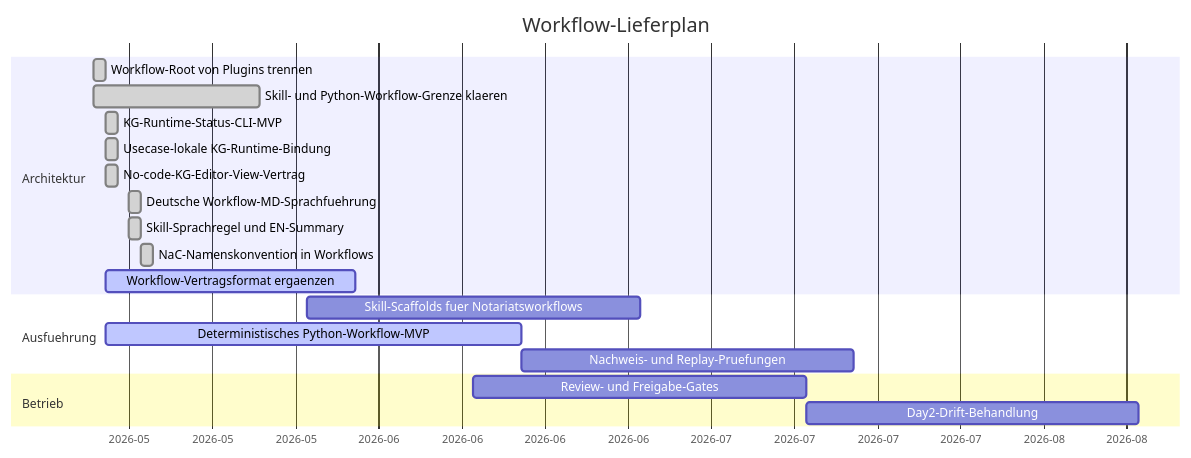
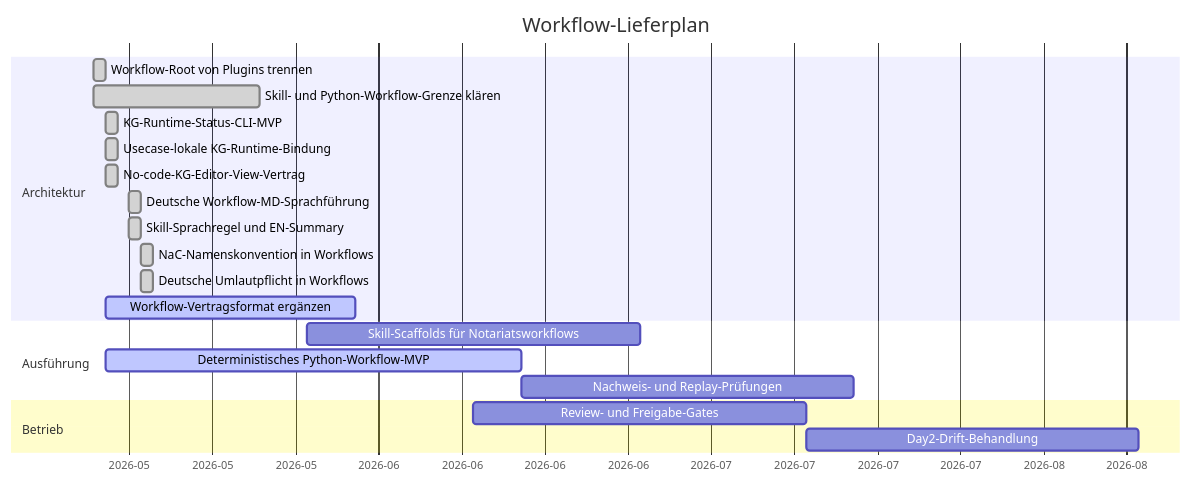
One commit to notariat8/NaC changed the diagram in workflows/GANTT.md. Above: the diagram before and after it, drawn with Mermaid. The commit also changed other lines of this file and 231 other files, not shown here.

````diff
--- a/workflows/GANTT.md
+++ b/workflows/GANTT.md
@@ -5,26 +5,27 @@
 ```mermaid
 gantt
     title Workflow-Lieferplan
     dateFormat  YYYY-MM-DD
     axisFormat  %Y-%m
 
     section Architektur
     Workflow-Root von Plugins trennen          :done,   w1, 2026-05-14, 1d
-    Skill- und Python-Workflow-Grenze klaeren  :done,   w2, 2026-05-14, 14d
+    Skill- und Python-Workflow-Grenze klären  :done,   w2, 2026-05-14, 14d
     KG-Runtime-Status-CLI-MVP                  :done,   w3, 2026-05-15, 1d
     Usecase-lokale KG-Runtime-Bindung          :done,   w3a, 2026-05-15, 1d
     No-code-KG-Editor-View-Vertrag             :done,   w4a, 2026-05-15, 1d
-    Deutsche Workflow-MD-Sprachfuehrung        :done,   w4b, 2026-05-17, 1d
+    Deutsche Workflow-MD-Sprachführung        :done,   w4b, 2026-05-17, 1d
     Skill-Sprachregel und EN-Summary            :done,   w4c, 2026-05-17, 1d
     NaC-Namenskonvention in Workflows           :done,   w4d, 2026-05-18, 1d
-    Workflow-Vertragsformat ergaenzen          :active, w4, 2026-05-15, 21d
+    Deutsche Umlautpflicht in Workflows         :done,   w4e, 2026-05-18, 1d
+    Workflow-Vertragsformat ergänzen          :active, w4, 2026-05-15, 21d
 
-    section Ausfuehrung
-    Skill-Scaffolds fuer Notariatsworkflows    :        w5, 2026-06-01, 28d
+    section Ausführung
+    Skill-Scaffolds für Notariatsworkflows    :        w5, 2026-06-01, 28d
     Deterministisches Python-Workflow-MVP      :active, w6, 2026-05-15, 35d
-    Nachweis- und Replay-Pruefungen            :        w7, after w6, 28d
+    Nachweis- und Replay-Prüfungen            :        w7, after w6, 28d
 
     section Betrieb
     Review- und Freigabe-Gates                 :        w8, 2026-06-15, 28d
     Day2-Drift-Behandlung                      :        w9, after w8, 28d
 ```
````
